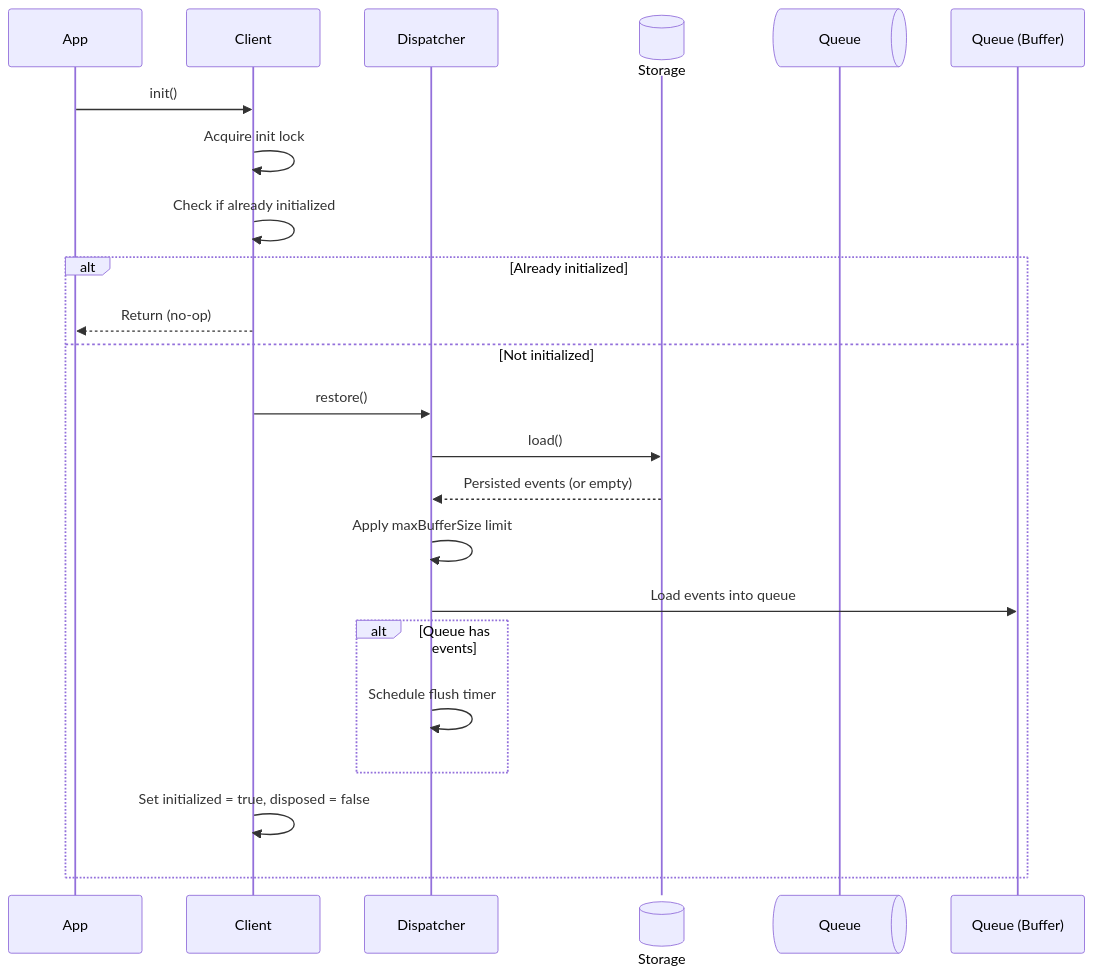
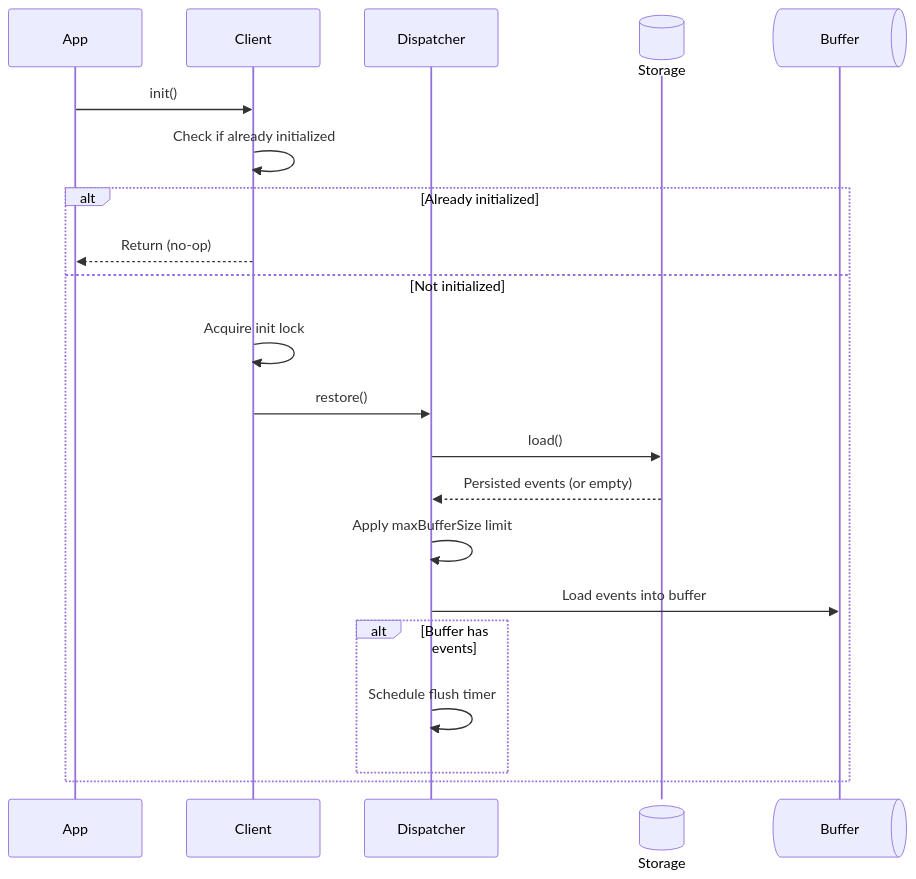
Before and after one commit to Tap30/ripple: the first of 9 diagrams in DESIGN_AND_CONTRACTS.md, drawn with Mermaid. The commit also changed other lines of this file, not shown here.

Commit message:
Refactor queue to buffer in design document

````diff
--- a/DESIGN_AND_CONTRACTS.md
+++ b/DESIGN_AND_CONTRACTS.md
@@ -235,25 +233,24 @@
 ```mermaid
 sequenceDiagram
     participant App
     participant Client
     participant Dispatcher
     participant Storage@{ "type" : "database" }
-    participant Queue@{ "type" : "queue" }
+    participant Buffer@{ "type" : "queue" }
 
     App->>Client: init()
-    Client->>Client: Acquire init lock
     Client->>Client: Check if already initialized
     alt Already initialized
         Client-->>App: Return (no-op)
     else Not initialized
+        Client->>Client: Acquire init lock
         Client->>Dispatcher: restore()
         Dispatcher->>Storage: load()
         Storage-->>Dispatcher: Persisted events (or empty)
         Dispatcher->>Dispatcher: Apply maxBufferSize limit
-        Dispatcher->>Queue (Buffer): Load events into queue
-        alt Queue has events
+        Dispatcher->>Buffer: Load events into buffer
+        alt Buffer has events
             Dispatcher->>Dispatcher: Schedule flush timer
         end
-        Client->>Client: Set initialized = true, disposed = false
     end
 ```
````
